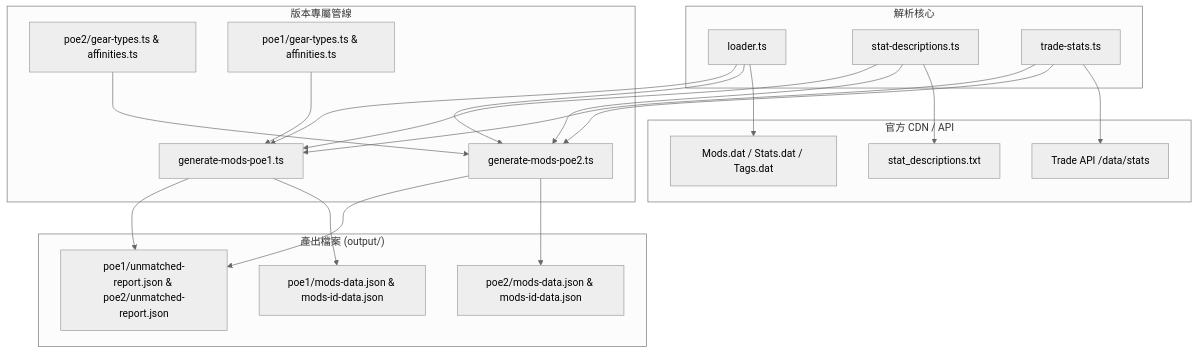
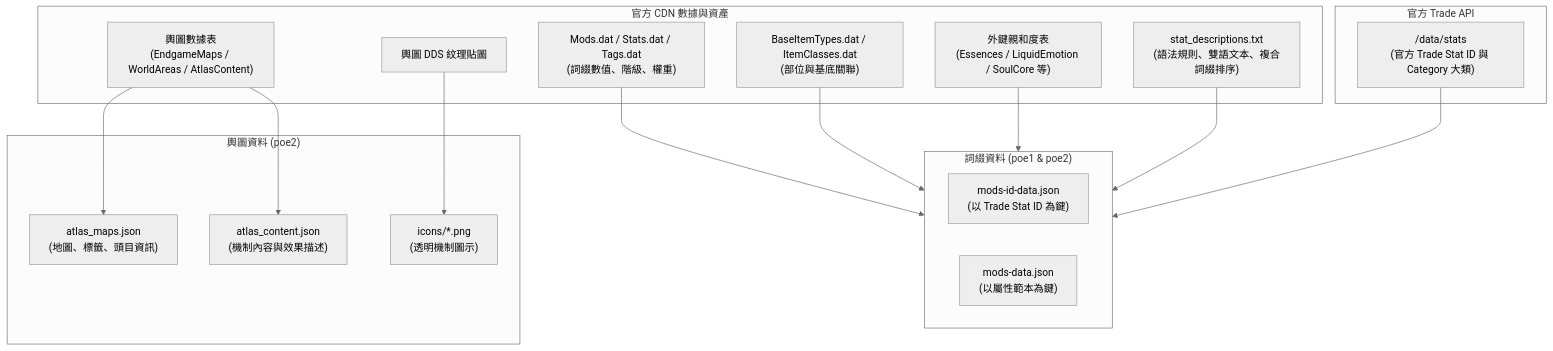
One commit to yehshune/poexd-data changed the diagram in README.md. Above: the diagram before and after it, drawn with Mermaid (neutral theme). The commit also changed other lines of this file and 2 other files, not shown here.

Commit message:
docs: update pipeline architecture flowchart and pin pnpm version

````diff
--- a/README.md
+++ b/README.md
@@ -77,32 +58,33 @@
 ```mermaid
 flowchart TD
-    subgraph CDN ["官方 CDN / API"]
-        A1[Mods.dat / Stats.dat / Tags.dat]
-        A2[stat_descriptions.txt]
-        A3[Trade API /data/stats]
+    subgraph GGG_CDN ["官方 CDN 數據與資產"]
+        DatMods["Mods.dat / Stats.dat / Tags.dat<br/>(詞綴數值、階級、權重)"]
+        DatGear["BaseItemTypes.dat / ItemClasses.dat<br/>(部位與基底關聯)"]
+        DatAffinity["外鍵親和度表<br/>(Essences / LiquidEmotion / SoulCore 等)"]
+        DatAtlas["輿圖數據表<br/>(EndgameMaps / WorldAreas / AtlasContent)"]
+        StatDesc["stat_descriptions.txt<br/>(語法規則、雙語文本、複合詞綴排序)"]
+        AtlasDDS["輿圖 DDS 紋理貼圖"]
     end
 
-    subgraph Core ["解析核心"]
-        B1[loader.ts] --> A1
-        B2[stat-descriptions.ts] --> A2
-        B3[trade-stats.ts] --> A3
+    subgraph GGG_API ["官方 Trade API"]
+        TradeStats["/data/stats<br/>(官方 Trade Stat ID 與 Category 大類)"]
     end
 
-    subgraph Assembly ["版本專屬管線"]
-        C1[generate-mods-poe2.ts]
-        C2[generate-mods-poe1.ts]
-        
-        B1 & B2 & B3 --> C1 & C2
-        D1[poe2/gear-types.ts & affinities.ts] --> C1
-        D2[poe1/gear-types.ts & affinities.ts] --> C2
+    subgraph Output_Mods ["詞綴資料 (poe1 & poe2)"]
+        OutModId["mods-id-data.json<br/>(以 Trade Stat ID 為鍵)"]
+        OutModData["mods-data.json<br/>(以屬性範本為鍵)"]
     end
 
-    subgraph Output ["產出檔案 (output/)"]
-        E1[poe1/mods-data.json & mods-id-data.json]
-        E2[poe2/mods-data.json & mods-id-data.json]
-        E3[poe1/unmatched-report.json & poe2/unmatched-report.json]
-        
-        C1 --> E2 & E3
-        C2 --> E1 & E3
+    subgraph Output_Atlas ["輿圖資料 (poe2)"]
+        OutMaps["atlas_maps.json<br/>(地圖、標籤、頭目資訊)"]
+        OutContent["atlas_content.json<br/>(機制內容與效果描述)"]
+        OutIcons["icons/*.png<br/>(透明機制圖示)"]
     end
+
+    %% 詞綴組合流向
+    DatMods & DatGear & DatAffinity & StatDesc & TradeStats --> Output_Mods
+
+    %% 輿圖組合流向
+    DatAtlas --> OutMaps & OutContent
+    AtlasDDS --> OutIcons
 ```
````
